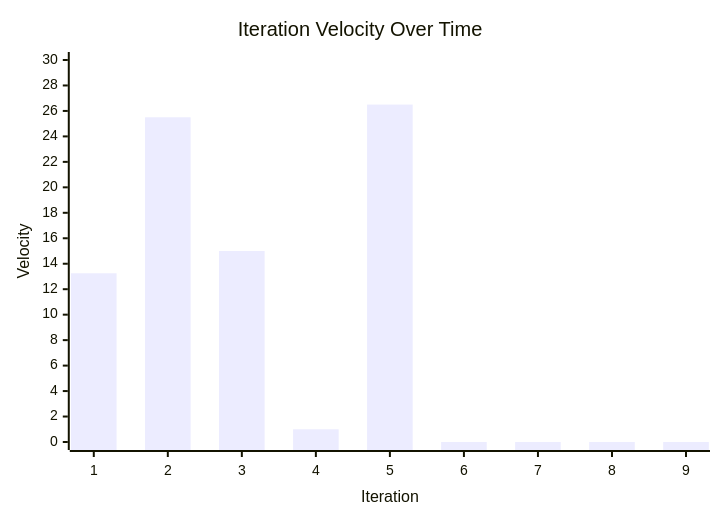
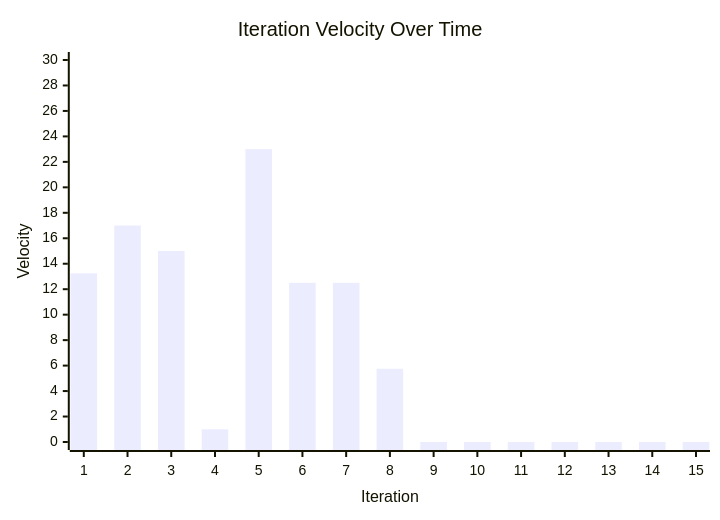
The diagram in IterationStats.md (zappfish/zapp-requirements-tracker), drawn with Mermaid before and after one commit. The commit also changed other lines of this file and 3 other files, not shown here.

````diff
--- a/IterationStats.md
+++ b/IterationStats.md
@@ -50,7 +58,7 @@
 ```mermaid
 xychart-beta
     title "Iteration Velocity Over Time"
-    x-axis "Iteration" ["1", "2", "3", "4", "5", "6", "7", "8", "9"]
+    x-axis "Iteration" ["1", "2", "3", "4", "5", "6", "7", "8", "9", "10", "11", "12", "13", "14", "15"]
     y-axis "Velocity" 0 --> 30
-    bar [13.25, 25.5, 15, 1, 26.5, 0, 0, 0, 0]
+    bar [13.25, 17, 15, 1, 23, 12.5, 12.5, 5.75, 0, 0, 0, 0, 0, 0, 0]
 ```
````
